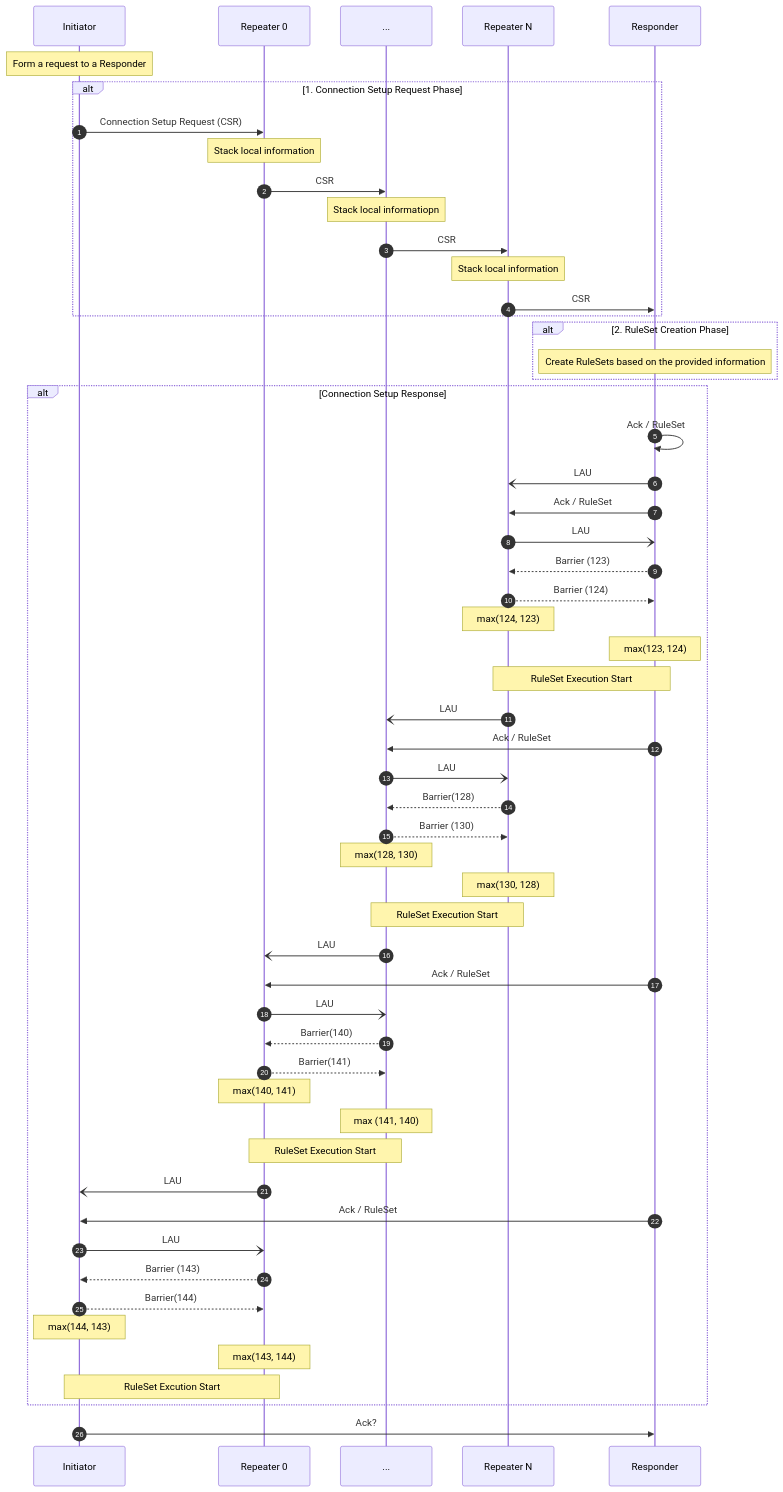
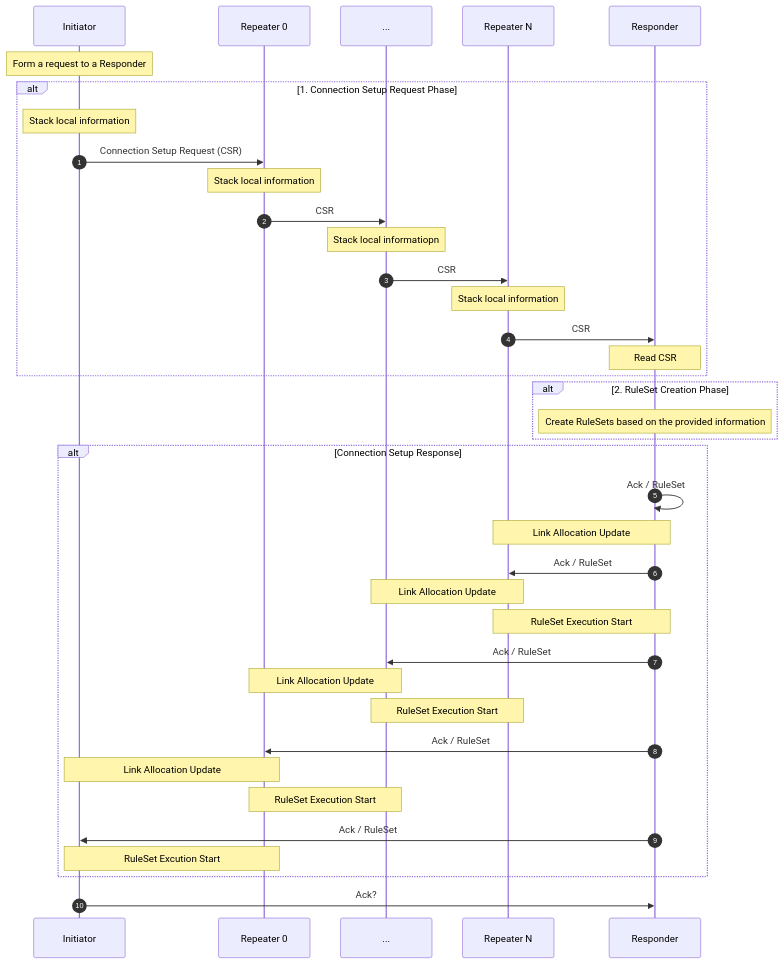
One commit to sfc-aqua/RuleSetSpec changed the first of 6 diagrams in 2.1.1.ConnectionSetup.md. Above: the diagram before and after it, drawn with Mermaid. The commit also changed other lines of this file and 2 other files, not shown here.

Commit message:
updated explanations and diagram

````diff
--- a/2.1.1.ConnectionSetup.md
+++ b/2.1.1.ConnectionSetup.md
@@ -107,74 +110,54 @@
 ```mermaid
 sequenceDiagram
     autonumber
     participant Initiator
     participant Repeater 0
     participant ...
     Participant Repeater N
     participant Responder
 
     Note over Initiator: Form a request to a Responder
 
     alt 1. Connection Setup Request Phase
+        Note over Initiator: Stack local information
         Initiator ->> Repeater 0: Connection Setup Request (CSR)
         Note over Repeater 0: Stack local information
         Repeater 0 ->> ... : CSR
         Note over ...: Stack local informatiopn
         ... ->> Repeater N: CSR
         Note over Repeater N: Stack local information
         Repeater N ->> Responder: CSR
+        Note over Responder: Read CSR
     end
 
     alt 2. RuleSet Creation Phase
         Note over Responder: Create RuleSets based on the provided information
     end
 
     alt Connection Setup Response
         # Responder to Repeater N
         Responder ->> Responder: Ack / RuleSet
-        Responder -) Repeater N: LAU
+        Note over Repeater N, Responder: Link Allocation Update
+
         Responder ->> Repeater N: Ack / RuleSet
-        Repeater N -) Responder: LAU
+        Note over ..., Repeater N: Link Allocation Update
+        Note over Repeater N, Responder: RuleSet Execution Start
         
-        # Repeater N and Responder
-        Responder -->> Repeater N: Barrier (123)
-        Repeater N -->> Responder: Barrier (124)
-        Note over Repeater N: max(124, 123)
-        Note over Responder: max(123, 124)
-        Note over Repeater N, Responder: RuleSet Execution Start
-
-        # Intermediate Repeaters (...) to Repeater N 
-        Repeater N -) ... : LAU
         Responder ->> ...: Ack / RuleSet
-        ... -) Repeater N : LAU
-        Repeater N -->> ... : Barrier(128)
-        ... -->> Repeater N: Barrier (130)
-        Note over ... : max(128, 130)
-        Note over Repeater N : max(130, 128)
+        Note over Repeater 0, ...: Link Allocation Update
         Note over ..., Repeater N: RuleSet Execution Start
 
 
         # Repeater 1 to Intermediate Repeaters
-        ... -) Repeater 0: LAU        
         Responder ->> Repeater 0: Ack / RuleSet
-        Repeater 0 -) ...: LAU
-        ... -->> Repeater 0: Barrier(140)
-        Repeater 0 -->> ...: Barrier(141)
-        Note over Repeater 0: max(140, 141)
-        Note over ... : max (141, 140)
+        Note over Repeater 0, Initiator: Link Allocation Update
         Note over Repeater 0, ...: RuleSet Execution Start
 
         # Initiator to Repeater 1
-        Repeater 0 -) Initiator: LAU
         Responder ->> Initiator: Ack / RuleSet
-        Initiator -) Repeater 0: LAU
-        Repeater 0 -->> Initiator: Barrier (143)
-        Initiator -->> Repeater 0: Barrier(144)
-        Note over Initiator: max(144, 143)
-        Note over Repeater 0: max(143, 144)
         Note over Initiator, Repeater 0: RuleSet Excution Start
 
     end
 
     Initiator ->> Responder: Ack?
 ```
````
